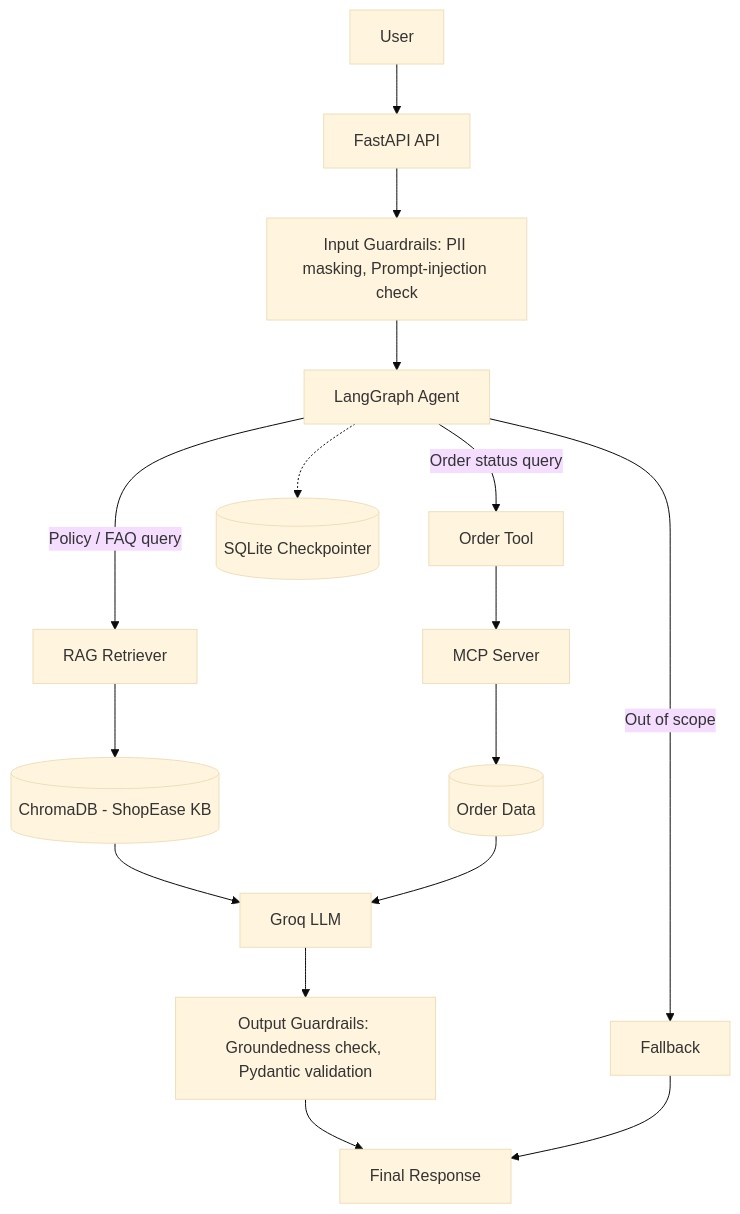
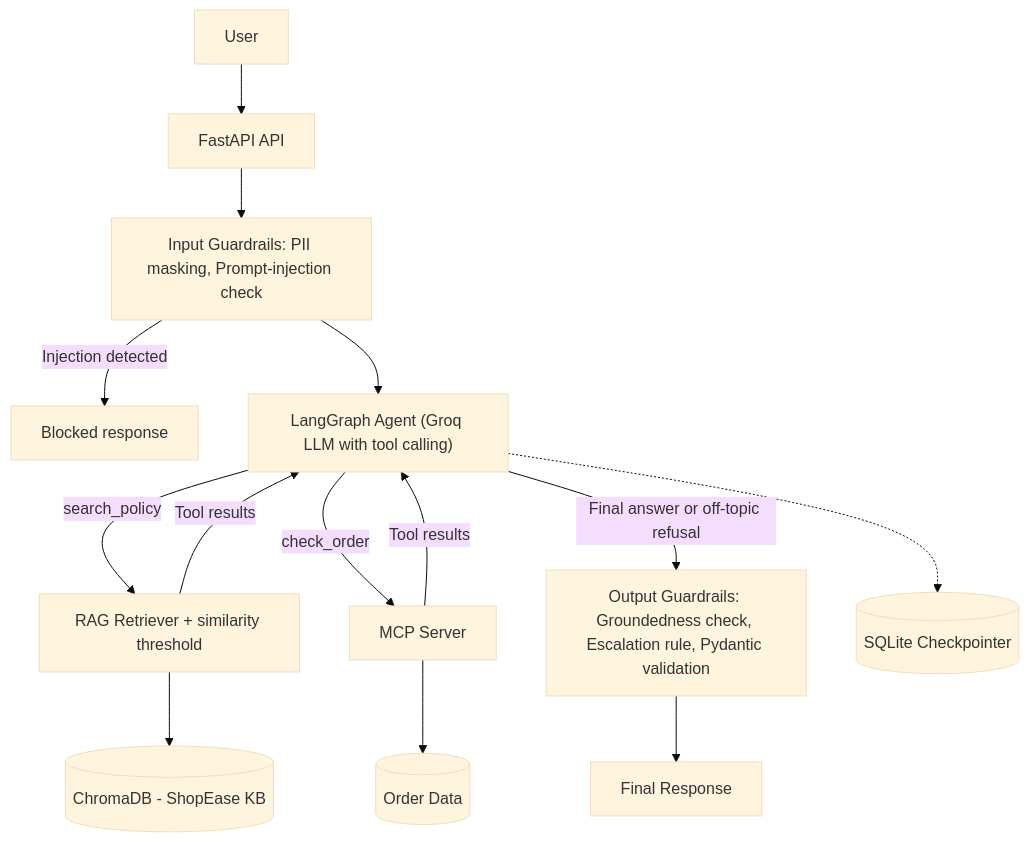
Before and after one commit to vishalbhor0810-droid/ecommerce-ai-agent: the diagram in README.md, drawn with Mermaid (base theme). The commit also changed other lines of this file, not shown here.

Commit message:
Update README for tool-calling agent and guardrail tests

````diff
--- a/README.md
+++ b/README.md
@@ -35,22 +35,19 @@
 ```mermaid
 flowchart TD
     U["User"] --> API["FastAPI API"]
     API --> IG["Input Guardrails: PII masking, Prompt-injection check"]
-    IG --> A["LangGraph Agent"]
+    IG -->|Injection detected| BLK["Blocked response"]
+    IG --> A["LangGraph Agent (Groq LLM with tool calling)"]
 
-    A -->|Policy / FAQ query| R["RAG Retriever"]
-    A -->|Order status query| OT["Order Tool"]
-    A -->|Out of scope| FB["Fallback"]
+    A -->|search_policy| R["RAG Retriever + similarity threshold"]
+    A -->|check_order| M["MCP Server"]
+    R --> KB[("ChromaDB - ShopEase KB")]
+    M --> OD[("Order Data")]
+    R -->|Tool results| A
+    M -->|Tool results| A
 
-    R --> KB[("ChromaDB - ShopEase KB")]
-    OT --> M["MCP Server"]
-    M --> OD[("Order Data")]
-
-    KB --> LLM["Groq LLM"]
-    OD --> LLM
-    LLM --> OG["Output Guardrails: Groundedness check, Pydantic validation"]
+    A -->|Final answer or off-topic refusal| OG["Output Guardrails: Groundedness check, Escalation rule, Pydantic validation"]
     OG --> OUT["Final Response"]
-    FB --> OUT
 
     A -.-> CP[("SQLite Checkpointer")]
 ```
````
